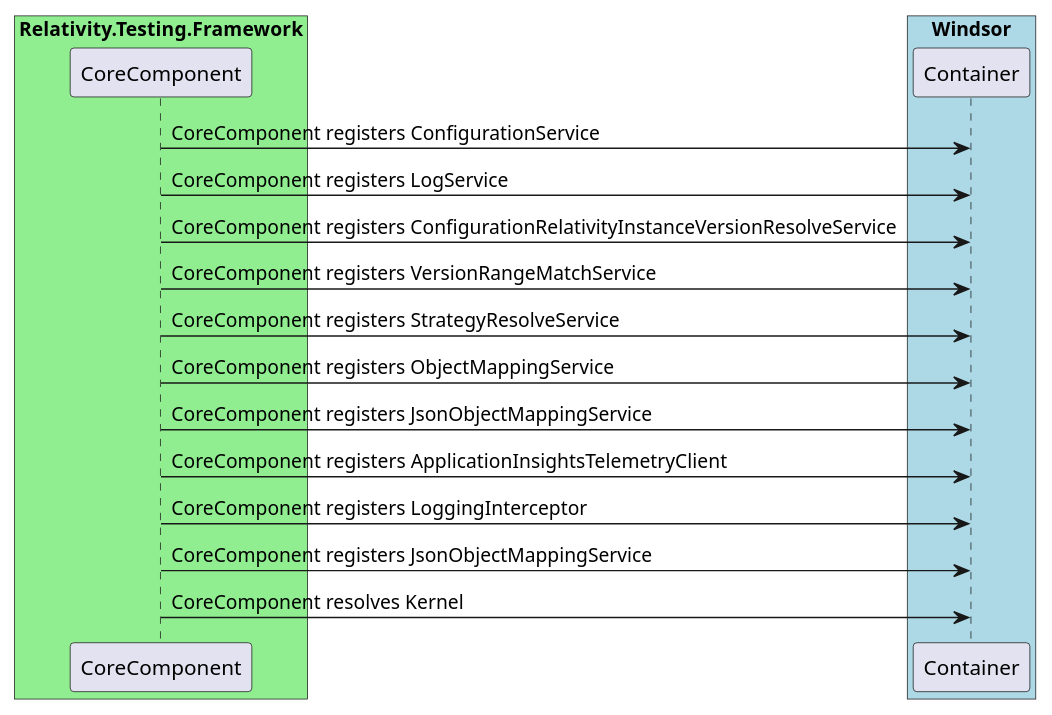
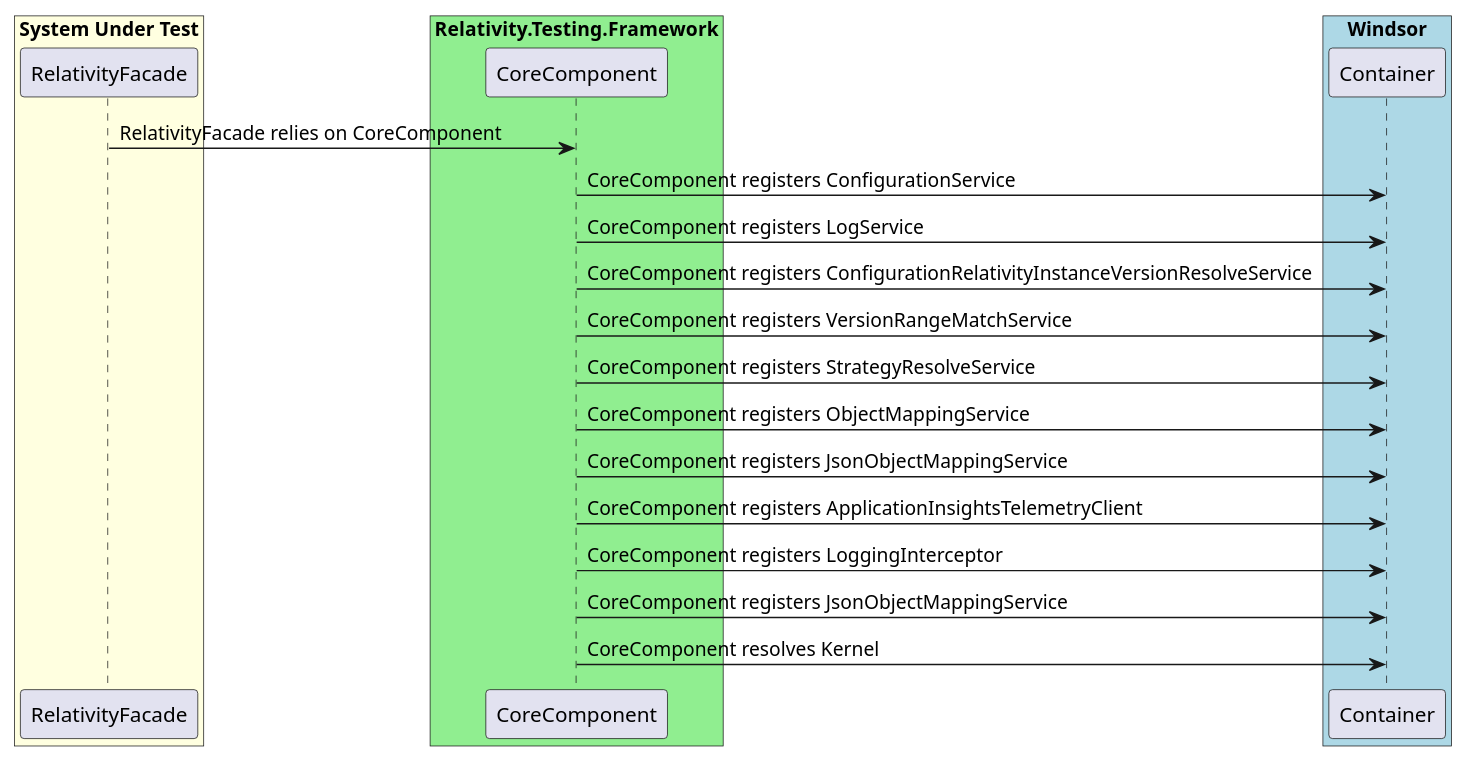
The diagram in docs/architecture/CoreComponent.pu (relativitydev/relativity.testing.framework), drawn with PlantUML before and after one commit. The commit also changed 1 other file, not shown here.

Commit message:
TESTENG-1465: Add SUT/RelativityFacade

```diff
--- a/docs/architecture/CoreComponent.pu
+++ b/docs/architecture/CoreComponent.pu
@@ -1,23 +1,28 @@
 @startuml Relativity.Testing.Framework Interceptors Sequence Diagram
+
+box "System Under Test" #LightYellow
+participant "RelativityFacade"
+end box
 
 box "Relativity.Testing.Framework" #LightGreen
 participant "CoreComponent"
 end box
 
 box "Windsor" #LightBlue
 participant "Container"
 end box
 
+"RelativityFacade" -> "CoreComponent" : RelativityFacade relies on CoreComponent
 "CoreComponent" -> "Container" : CoreComponent registers ConfigurationService
 "CoreComponent" -> "Container" : CoreComponent registers LogService
 "CoreComponent" -> "Container" : CoreComponent registers ConfigurationRelativityInstanceVersionResolveService
 "CoreComponent" -> "Container" : CoreComponent registers VersionRangeMatchService
 "CoreComponent" -> "Container" : CoreComponent registers StrategyResolveService
 "CoreComponent" -> "Container" : CoreComponent registers ObjectMappingService
 "CoreComponent" -> "Container" : CoreComponent registers JsonObjectMappingService
 "CoreComponent" -> "Container" : CoreComponent registers ApplicationInsightsTelemetryClient
 "CoreComponent" -> "Container" : CoreComponent registers LoggingInterceptor
 "CoreComponent" -> "Container" : CoreComponent registers JsonObjectMappingService
 "CoreComponent" -> "Container" : CoreComponent resolves Kernel
 
 @enduml
```
